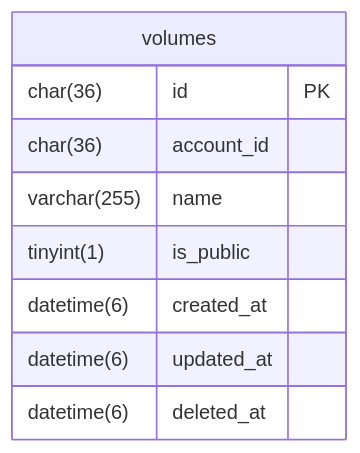
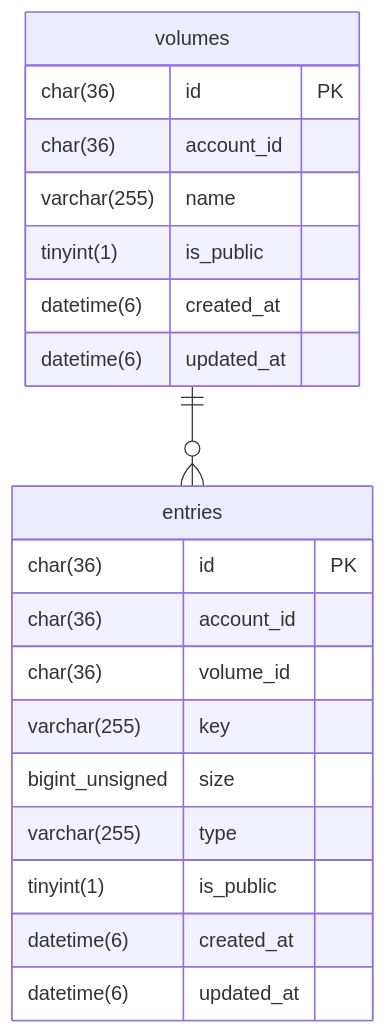
The diagram in docs/er-diagram.md (atsumarukun/holos-storage-api), drawn with Mermaid before and after one commit. The commit also changed 1 other file, not shown here.

Commit message:
update: ER図にエントリーを追加.

````diff
--- a/docs/er-diagram.md
+++ b/docs/er-diagram.md
@@ -1,13 +1,26 @@
 ```mermaid
 erDiagram
 
 volumes {
   char(36) id PK
   char(36) account_id
   varchar(255) name
   tinyint(1) is_public
   datetime(6) created_at
   datetime(6) updated_at
-  datetime(6) deleted_at
 }
+
+entries {
+  char(36) id PK
+  char(36) account_id
+  char(36) volume_id
+  varchar(255) key
+  bigint_unsigned size
+  varchar(255) type
+  tinyint(1) is_public
+  datetime(6) created_at
+  datetime(6) updated_at
+}
+
+volumes ||--o{ entries: ""
 ```
````
